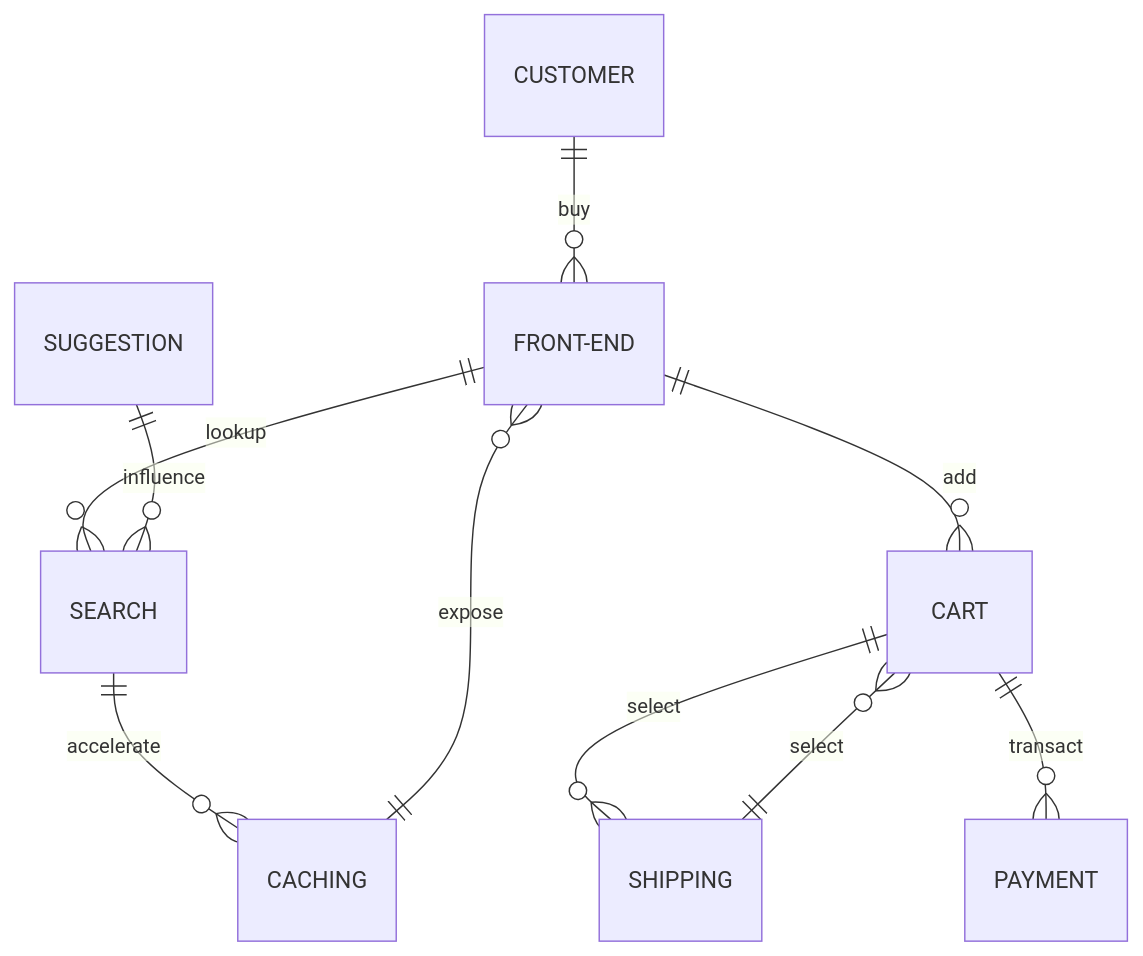
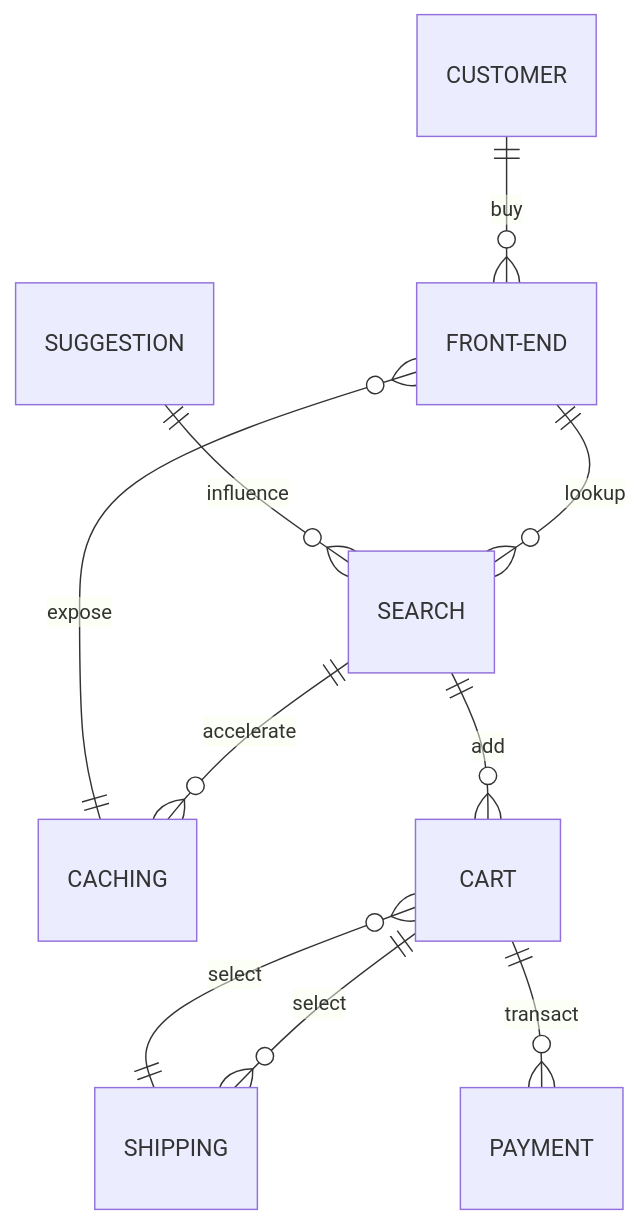
The second of 2 diagrams in docs/concepts.md (beezy-cloud/project-pancake), drawn with Mermaid before and after one commit.

````diff
--- a/docs/concepts.md
+++ b/docs/concepts.md
@@ -62,12 +62,12 @@
 ```mermaid
    erDiagram
    CUSTOMER ||--o{ FRONT-END : buy
    FRONT-END ||--o{ SEARCH : lookup
    SUGGESTION ||--o{ SEARCH : influence
    SEARCH ||--o{ CACHING : accelerate
    CACHING ||--o{ FRONT-END: expose
-   FRONT-END ||--o{ CART : add
+   SEARCH ||--o{ CART : add
    CART ||--o{ SHIPPING : select
    SHIPPING ||--o{ CART : select
    CART ||--o{ PAYMENT : transact
 ```
````
